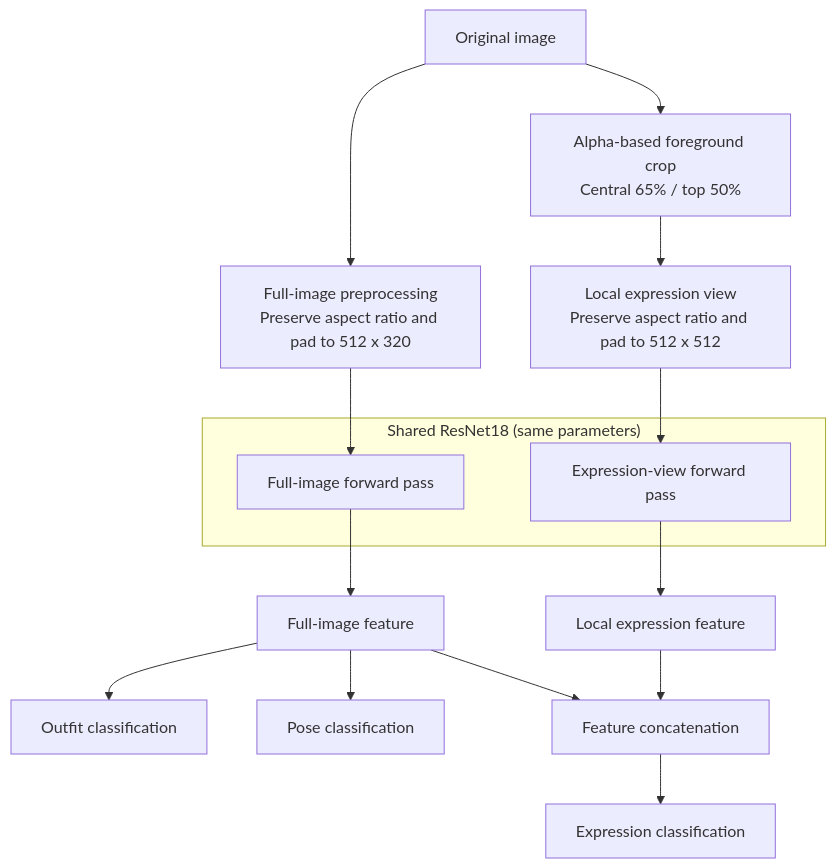
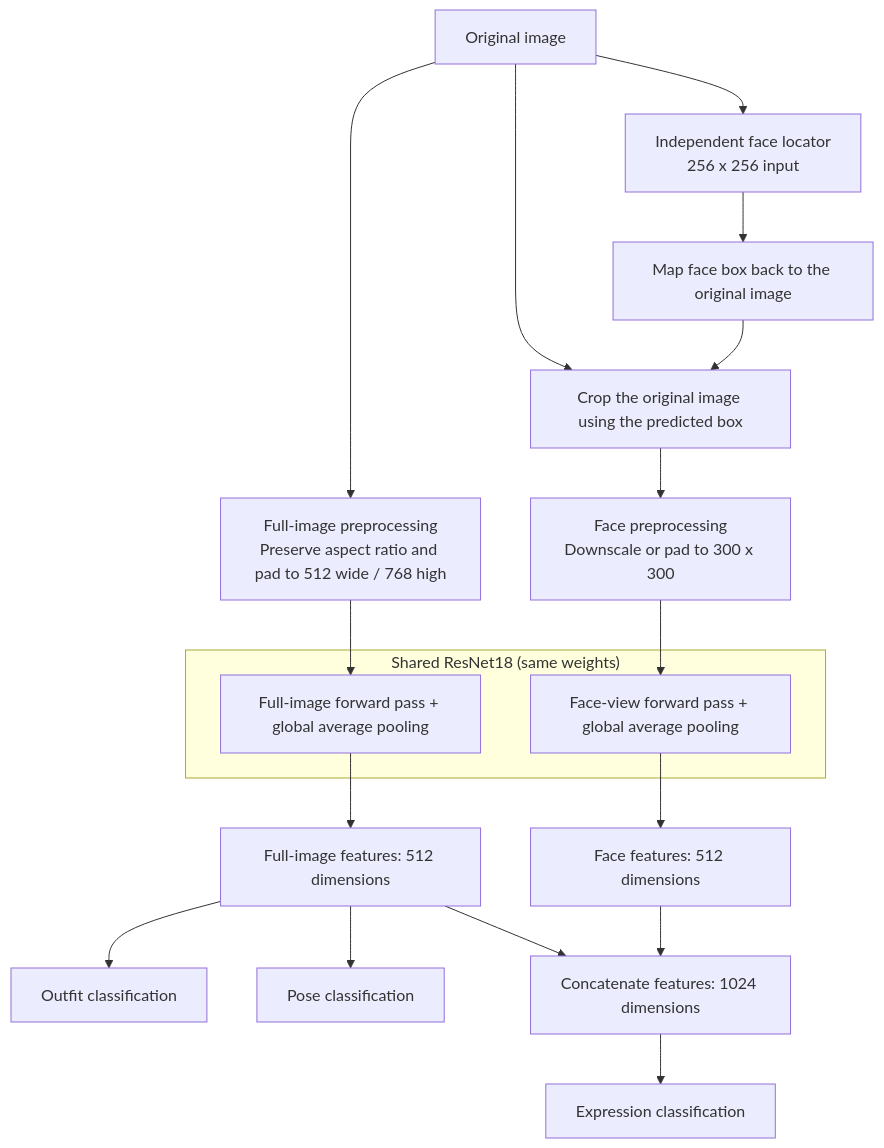
One commit to hoshino924/atri-Multi-Attribute-Recognition changed the diagram in README.md. Above: the diagram before and after it, drawn with Mermaid. The commit also changed other lines of this file and 58 other files, not shown here.

````diff
--- a/README.md
+++ b/README.md
@@ -31,23 +207,25 @@
 ```mermaid
 flowchart TB
     image["Original image"]
-    image --> full_input["Full-image preprocessing<br/>Preserve aspect ratio and pad to 512 x 320"]
-    image --> crop["Alpha-based foreground crop<br/>Central 65% / top 50%"]
-    crop --> expression_input["Local expression view<br/>Preserve aspect ratio and pad to 512 x 512"]
+    image --> full_input["Full-image preprocessing<br/>Preserve aspect ratio and pad to 512 wide / 768 high"]
+    image --> locator["Independent face locator<br/>256 x 256 input"]
+    locator --> box["Map face box back to the original image"]
+    image --> crop["Crop the original image using the predicted box"]
+    box --> crop
+    crop --> face_input["Face preprocessing<br/>Downscale or pad to 300 x 300"]
 
-    subgraph backbone["Shared ResNet18 (same parameters)"]
-        full_forward["Full-image forward pass"]
-        expression_forward["Expression-view forward pass"]
+    subgraph backbone["Shared ResNet18 (same weights)"]
+        full_forward["Full-image forward pass + global average pooling"]
+        face_forward["Face-view forward pass + global average pooling"]
     end
 
     full_input --> full_forward
-    expression_input --> expression_forward
-    full_forward --> full_feature["Full-image feature"]
-    expression_forward --> local_feature["Local expression feature"]
-
+    face_input --> face_forward
+    full_forward --> full_feature["Full-image features: 512 dimensions"]
+    face_forward --> face_feature["Face features: 512 dimensions"]
     full_feature --> outfit["Outfit classification"]
     full_feature --> pose["Pose classification"]
-    full_feature --> fusion["Feature concatenation"]
-    local_feature --> fusion
+    full_feature --> fusion["Concatenate features: 1024 dimensions"]
+    face_feature --> fusion
     fusion --> expression["Expression classification"]
 ```
````
